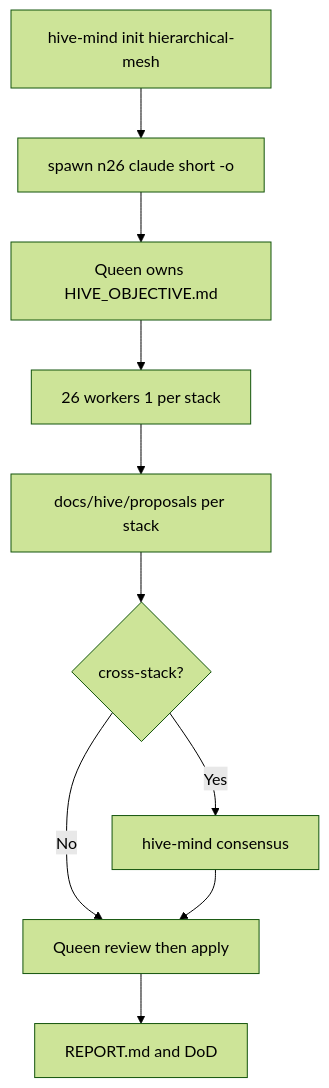
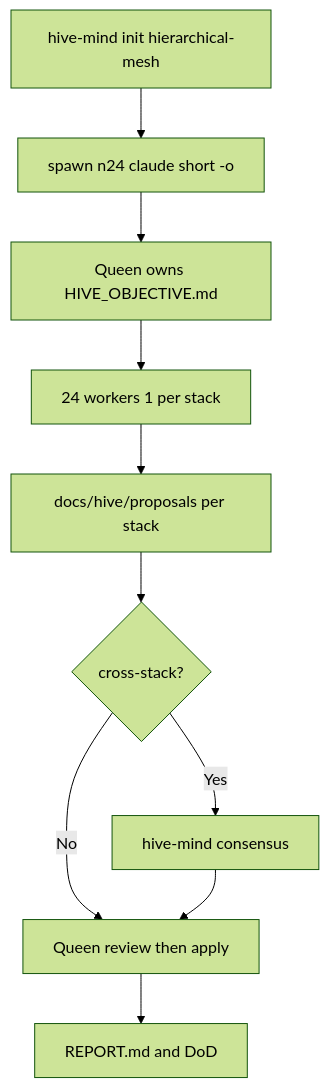
The diagram in HIVE_OBJECTIVE.md (ofayese/dockge-ots), drawn with Mermaid (forest theme) before and after one commit. The commit also changed other lines of this file and 32 other files, not shown here.

First line of the commit message:
docs: update AGENTS.md, HIVE_OBJECTIVE.md, and README.md for stack count and HAProxy integration

````diff
--- a/HIVE_OBJECTIVE.md
+++ b/HIVE_OBJECTIVE.md
@@ -136,12 +136,12 @@
 ```mermaid
 flowchart TD
-  Init[hive-mind init hierarchical-mesh] --> Spawn[spawn n26 claude short -o]
+  Init[hive-mind init hierarchical-mesh] --> Spawn[spawn n24 claude short -o]
   Spawn --> Queen[Queen owns HIVE_OBJECTIVE.md]
-  Queen --> Fan[26 workers 1 per stack]
+  Queen --> Fan[24 workers 1 per stack]
   Fan --> P[docs/hive/proposals per stack]
   P --> X{cross-stack?}
   X -->|No| Apply[Queen review then apply]
   X -->|Yes| Cons[hive-mind consensus]
   Cons --> Apply
   Apply --> Close[REPORT.md and DoD]
 ```
````
